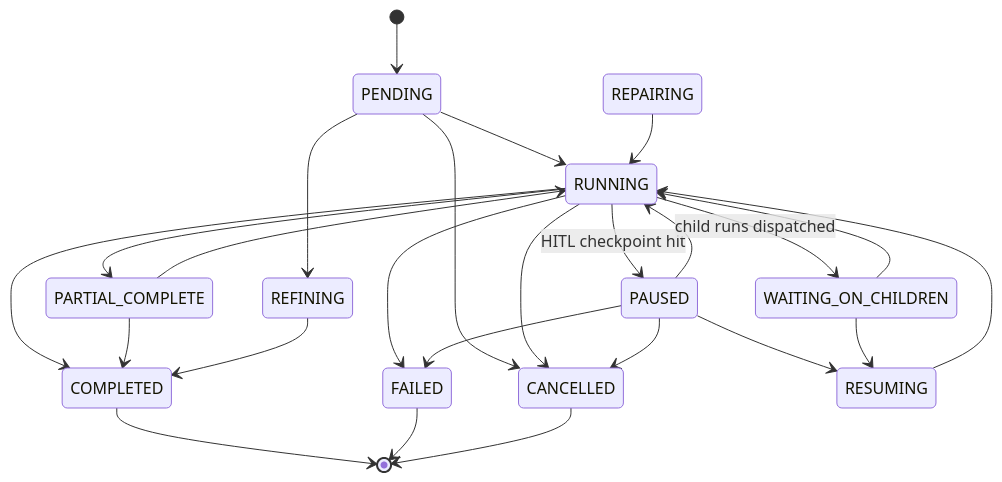
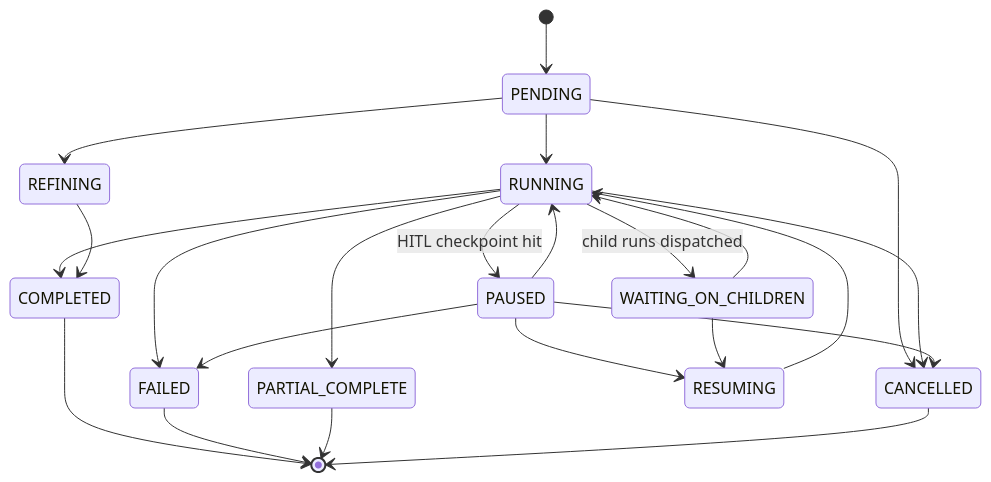
Before and after one commit to gondolerahul/hire-buddha-app: diagram 12 of 31 in docs/current/01-product-overview.md, drawn with Mermaid. The commit also changed 11 other files, not shown here.

````diff
--- a/docs/current/01-product-overview.md
+++ b/docs/current/01-product-overview.md
@@ -718,27 +718,25 @@
 ```mermaid
 stateDiagram-v2
     [*] --> PENDING
     PENDING --> RUNNING
     PENDING --> REFINING
     PENDING --> CANCELLED
     RUNNING --> PAUSED : HITL checkpoint hit
     RUNNING --> WAITING_ON_CHILDREN : child runs dispatched
     RUNNING --> COMPLETED
     RUNNING --> PARTIAL_COMPLETE
     RUNNING --> FAILED
     RUNNING --> CANCELLED
     PAUSED --> RUNNING
     PAUSED --> RESUMING
     PAUSED --> FAILED
     PAUSED --> CANCELLED
     RESUMING --> RUNNING
     WAITING_ON_CHILDREN --> RESUMING
     WAITING_ON_CHILDREN --> RUNNING
-    PARTIAL_COMPLETE --> RUNNING
-    PARTIAL_COMPLETE --> COMPLETED
-    REPAIRING --> RUNNING
     REFINING --> COMPLETED
     COMPLETED --> [*]
     FAILED --> [*]
+    PARTIAL_COMPLETE --> [*]
     CANCELLED --> [*]
 ```
````
